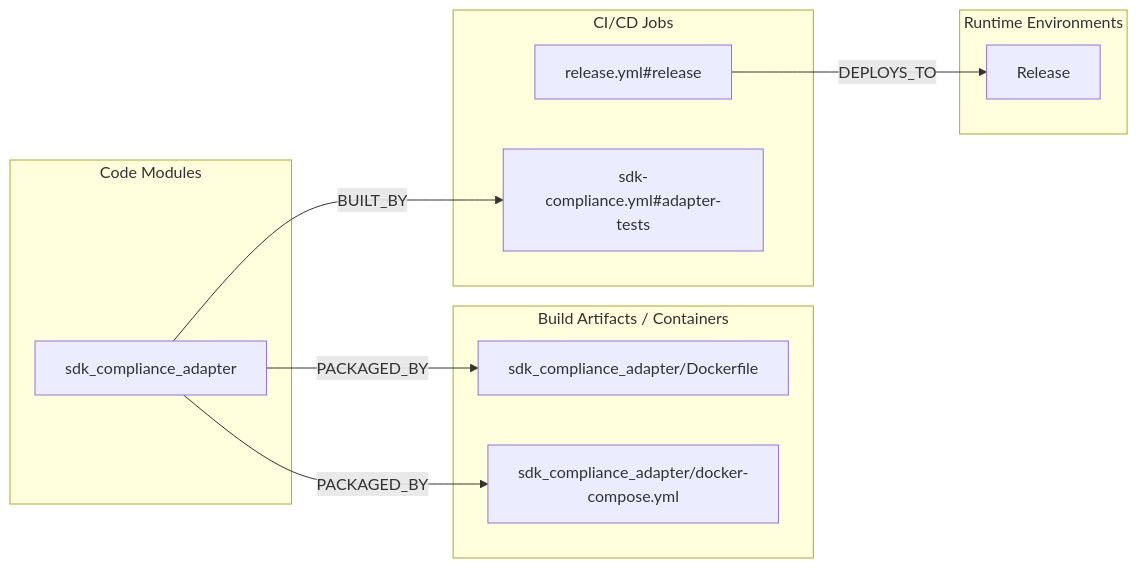
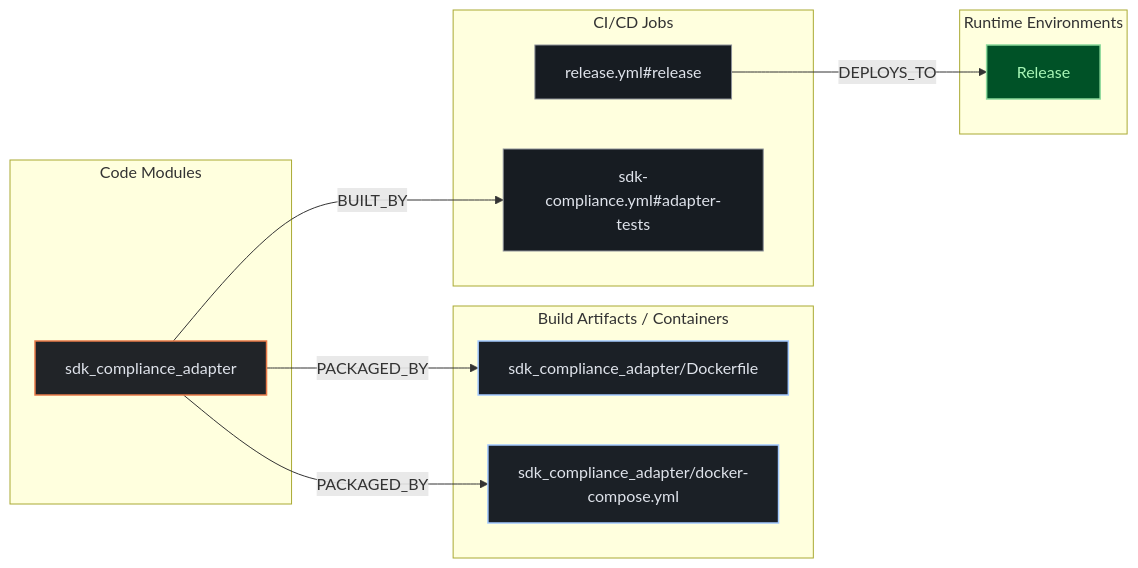
Before and after one commit to kumarshaz/atruss-code-atlas: the second of 3 diagrams in exports/latest/reports/PostHog-posthog-elixir-report.md, drawn with Mermaid. The commit also changed other lines of this file and 331 other files, not shown here.

Commit message:
docs,ui,fix: update SDLC docs, reorder CI/CD DAG first, stylize Mermaid, and fix Arc42 pipeline topology

````diff
--- a/exports/latest/reports/PostHog-posthog-elixir-report.md
+++ b/exports/latest/reports/PostHog-posthog-elixir-report.md
@@ -187,21 +194,25 @@
 ```mermaid
 flowchart LR
+    classDef atlasCategory fill:#212428,stroke:#E87A48,stroke-width:1.5px,color:#dfe3eb
+    classDef atlasWorkflow fill:#1b2026,stroke:#a3c9ff,stroke-width:1.5px,color:#dfe3eb
+    classDef atlasJob fill:#171c22,stroke:#8d9199,stroke-width:1px,color:#dfe3eb
+    classDef atlasTarget fill:#005227,stroke:#8bd99b,stroke-width:1.5px,color:#a7f6b6
     subgraph code_modules["Code Modules"]
-        mod_sdk_compliance_adapter["sdk_compliance_adapter"]
+        mod_sdk_compliance_adapter["sdk_compliance_adapter"]:::atlasCategory
     end
     subgraph build_artifacts["Build Artifacts / Containers"]
-        art_sdk_compliance_adapter_Dockerfile["sdk_compliance_adapter/Dockerfile"]
-        art_sdk_compliance_adapter_docker_compose_yml["sdk_compliance_adapter/docker-compose.yml"]
+        art_sdk_compliance_adapter_Dockerfile["sdk_compliance_adapter/Dockerfile"]:::atlasWorkflow
+        art_sdk_compliance_adapter_docker_compose_yml["sdk_compliance_adapter/docker-compose.yml"]:::atlasWorkflow
     end
     subgraph ci_jobs["CI/CD Jobs"]
-        job_release_yml_release["release.yml#release"]
-        job_sdk_compliance_yml_adapter_tests["sdk-compliance.yml#adapter-tests"]
+        job_release_yml_release["release.yml#release"]:::atlasJob
+        job_sdk_compliance_yml_adapter_tests["sdk-compliance.yml#adapter-tests"]:::atlasJob
     end
     subgraph runtime_envs["Runtime Environments"]
-        env_Release["Release"]
+        env_Release["Release"]:::atlasTarget
     end
     job_release_yml_release -->|DEPLOYS_TO| env_Release
     mod_sdk_compliance_adapter -->|BUILT_BY| job_sdk_compliance_yml_adapter_tests
     mod_sdk_compliance_adapter -->|PACKAGED_BY| art_sdk_compliance_adapter_Dockerfile
     mod_sdk_compliance_adapter -->|PACKAGED_BY| art_sdk_compliance_adapter_docker_compose_yml
 ```
````
